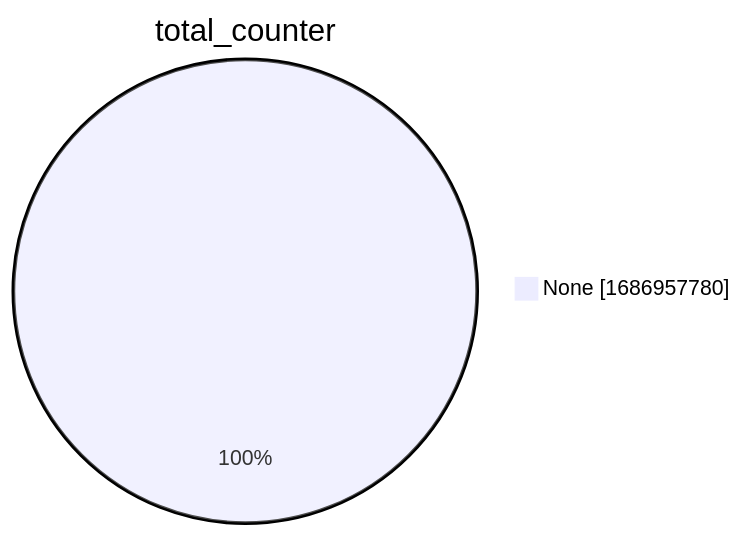
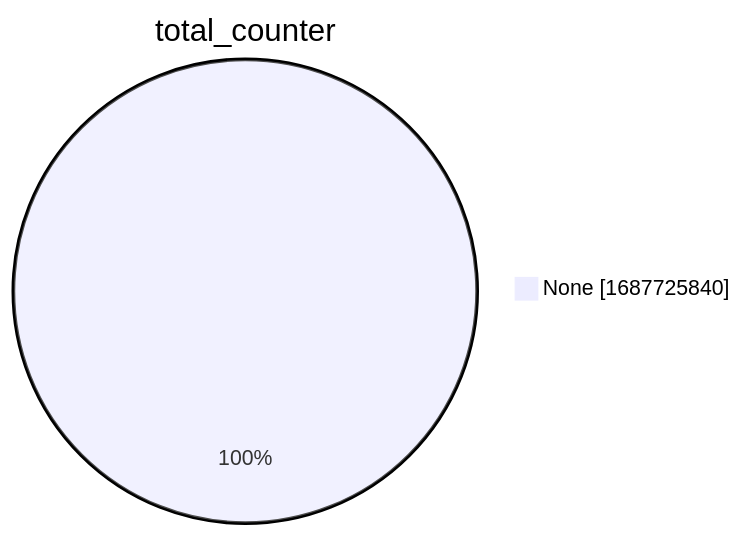
One commit to christiankrug/ctmonitor_visualization changed the second of 15 diagrams in xenon2022/README.md. Above: the diagram before and after it, drawn with Mermaid. The commit also changed other lines of this file, not shown here.

````diff
--- a/xenon2022/README.md
+++ b/xenon2022/README.md
@@ -9,5 +9,5 @@
 ```mermaid
 pie showData
 title total_counter
-"None" :1686957780
+"None" :1687725840
 ```
````
